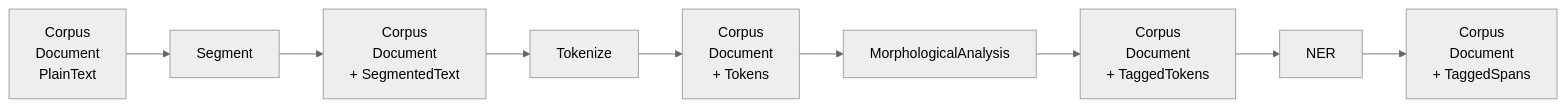
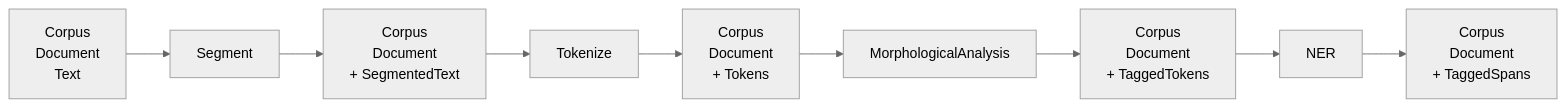
One commit to ufal/linpipe changed the fifth of 6 diagrams in docs/src/dev/architecture.md. Above: the diagram before and after it, drawn with Mermaid (neutral theme). The commit also changed other lines of this file, not shown here.

````diff
--- a/docs/src/dev/architecture.md
+++ b/docs/src/dev/architecture.md
@@ -132,17 +148,17 @@
 ```mermaid
 flowchart LR
-    D0["Corpus<br/>Document<br/>PlainText"]
+    D0["Corpus<br/>Document<br/>Text"]
     S["Segment"]
     D1["Corpus<br/>Document<br/>+ SegmentedText"]
     T["Tokenize"]
     D2["Corpus<br/>Document<br/>+ Tokens"]
     M["MorphologicalAnalysis"]
     D3["Corpus<br/>Document<br/>+ TaggedTokens"]
     N["NER"]
     D4["Corpus<br/>Document<br/>+ TaggedSpans"]
 
     D0 --> S --> D1
     D1 --> T --> D2
     D2 --> M --> D3
     D3 --> N --> D4
 ```
````
